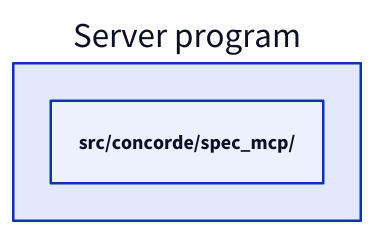
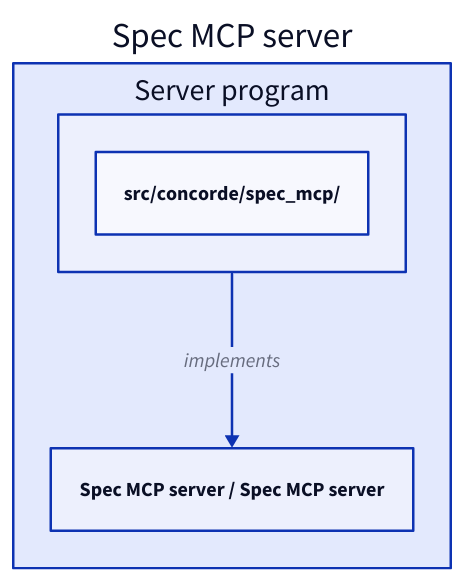
One commit to FTOD/concorde changed the first of 2 diagrams in specs/concorde/spec-tooling/spec-mcp/module.md. Above: the diagram before and after it, drawn with D2. The commit also changed other lines of this file and 13 other files, not shown here.

First line of the commit message:
Let a Module's own title name the Module in its own diagrams

````diff
--- a/specs/concorde/spec-tooling/spec-mcp/module.md
+++ b/specs/concorde/spec-tooling/spec-mcp/module.md
@@ -79,5 +79,9 @@
 ```d2
-server: Server program {
-  "src/concorde/spec_mcp/"
+mcp: Spec MCP server {
+  server: Server program {
+    "src/concorde/spec_mcp/"
+  }
+  concept: Spec MCP server / Spec MCP server
+  server -> concept: implements
 }
 ```
````
